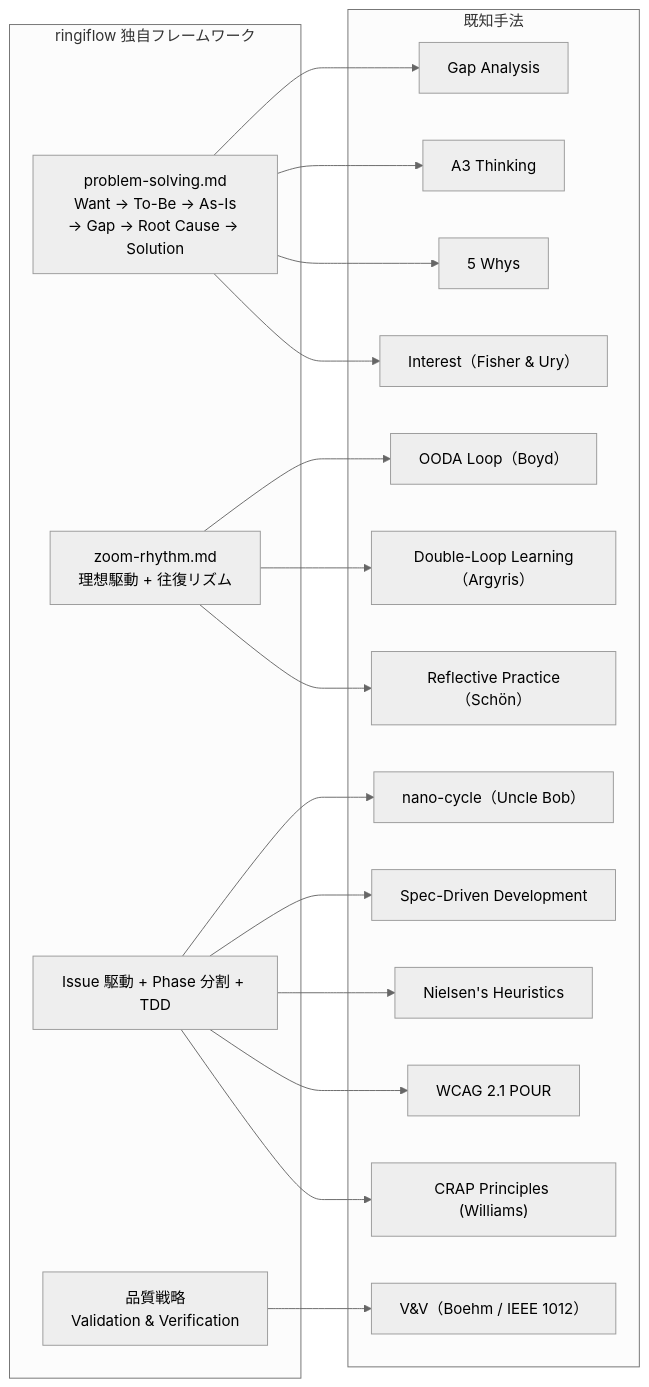
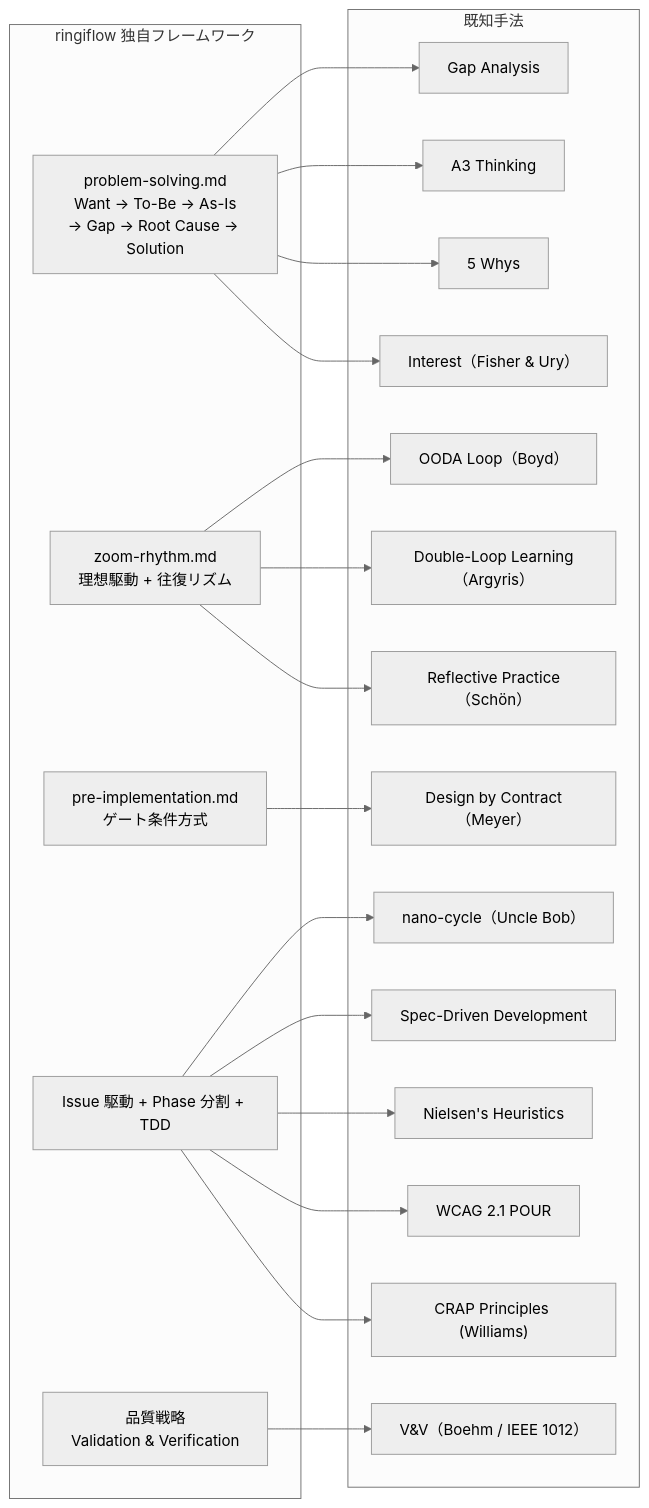
Before and after one commit to ka2kama/ringiflow: the diagram in docs/06_ナレッジベース/methodology/独自フレームワークと既知手法の対応.md, drawn with Mermaid (neutral theme). The commit also changed other lines of this file and 3 other files, not shown here.

````diff
--- a/docs/06_ナレッジベース/methodology/独自フレームワークと既知手法の対応.md
+++ b/docs/06_ナレッジベース/methodology/独自フレームワークと既知手法の対応.md
@@ -11,39 +11,42 @@
 ```mermaid
 flowchart LR
     subgraph ringiflow["ringiflow 独自フレームワーク"]
         PS["problem-solving.md<br/>Want → To-Be → As-Is<br/>→ Gap → Root Cause → Solution"]
         ZR["zoom-rhythm.md<br/>理想駆動 + 往復リズム"]
+        PI["pre-implementation.md<br/>ゲート条件方式"]
         ID["Issue 駆動 + Phase 分割 + TDD"]
         QS["品質戦略<br/>Validation & Verification"]
     end
 
     subgraph known["既知手法"]
         GA["Gap Analysis"]
         A3["A3 Thinking"]
         FW["5 Whys"]
         INT["Interest（Fisher & Ury）"]
         OODA["OODA Loop（Boyd）"]
         DL["Double-Loop Learning（Argyris）"]
         RP["Reflective Practice（Schön）"]
+        DbC["Design by Contract（Meyer）"]
         NC["nano-cycle（Uncle Bob）"]
         SDD["Spec-Driven Development"]
         VV["V&V（Boehm / IEEE 1012）"]
         NH["Nielsen's Heuristics"]
         WCAG["WCAG 2.1 POUR"]
         CRAP["CRAP Principles (Williams)"]
     end
 
     PS --> GA
     PS --> A3
     PS --> FW
     PS --> INT
     ZR --> OODA
     ZR --> DL
     ZR --> RP
+    PI --> DbC
     ID --> NC
     ID --> SDD
     ID --> NH
     ID --> WCAG
     ID --> CRAP
     QS --> VV
 ```
````
